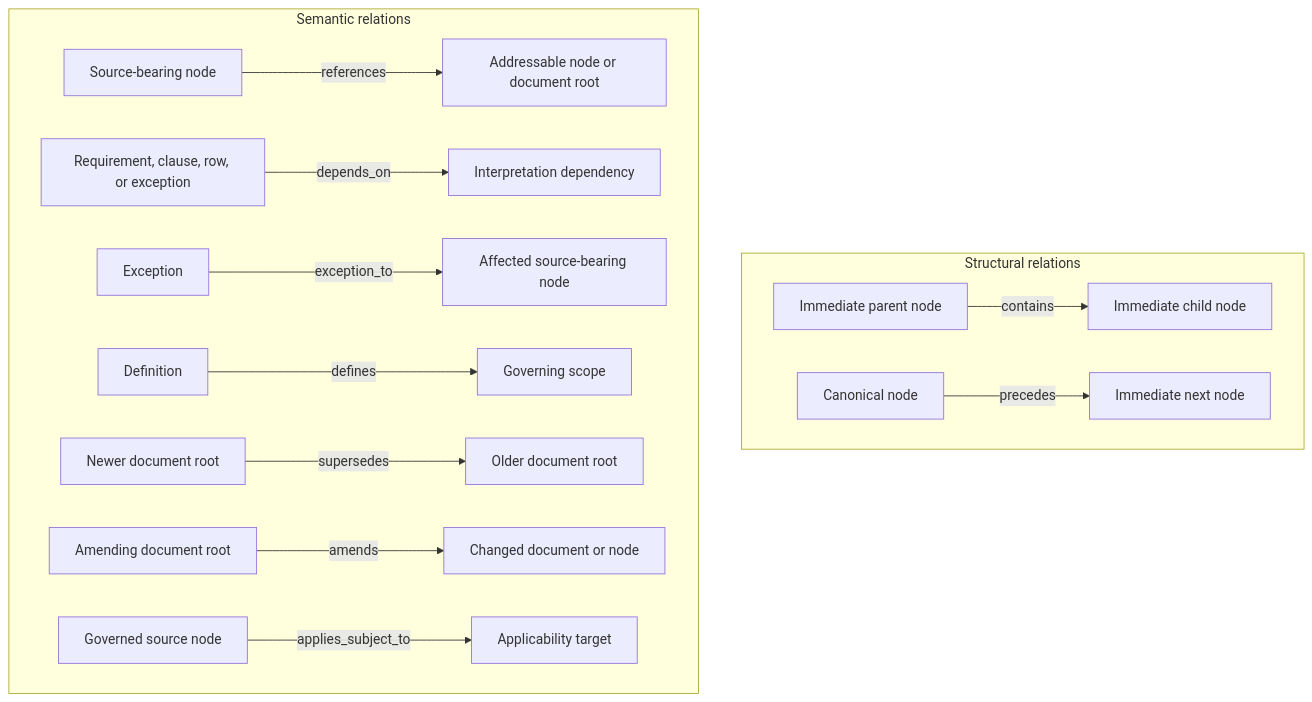
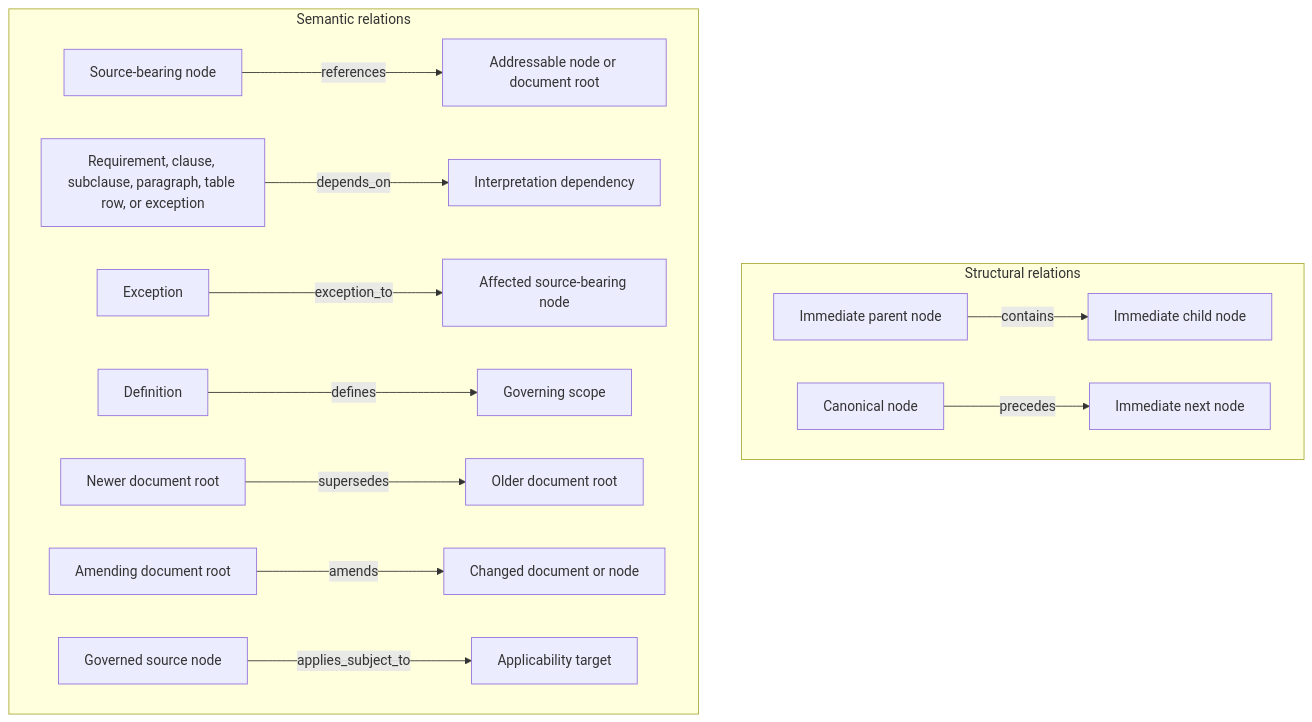
One commit to grammy-jiang/clause-sift changed the sixth of 11 diagrams in docs/design.md. Above: the diagram before and after it, drawn with Mermaid.

Commit message:
docs(design): complete depends_on sources

````diff
--- a/docs/design.md
+++ b/docs/design.md
@@ -1163,19 +1163,19 @@
 ```mermaid
 flowchart TB
     subgraph STRUCTURAL[Structural relations]
         direction LR
         PARENT[Immediate parent node] -->|contains| CHILD[Immediate child node]
         NODE[Canonical node] -->|precedes| NEXT[Immediate next node]
     end
 
     subgraph SEMANTIC[Semantic relations]
         direction LR
         CITER[Source-bearing node] -->|references| CITED[Addressable node or document root]
-        DEPENDENT[Requirement, clause, row, or exception] -->|depends_on| DEPENDENCY[Interpretation dependency]
+        DEPENDENT[Requirement, clause, subclause, paragraph, table row, or exception] -->|depends_on| DEPENDENCY[Interpretation dependency]
         EXCEPTION[Exception] -->|exception_to| AFFECTED[Affected source-bearing node]
         DEFINITION[Definition] -->|defines| SCOPE[Governing scope]
         NEWER[Newer document root] -->|supersedes| OLDER[Older document root]
         AMENDING[Amending document root] -->|amends| TARGET[Changed document or node]
         GOVERNED[Governed source node] -->|applies_subject_to| APPLICABILITY[Applicability target]
     end
 ```
````
